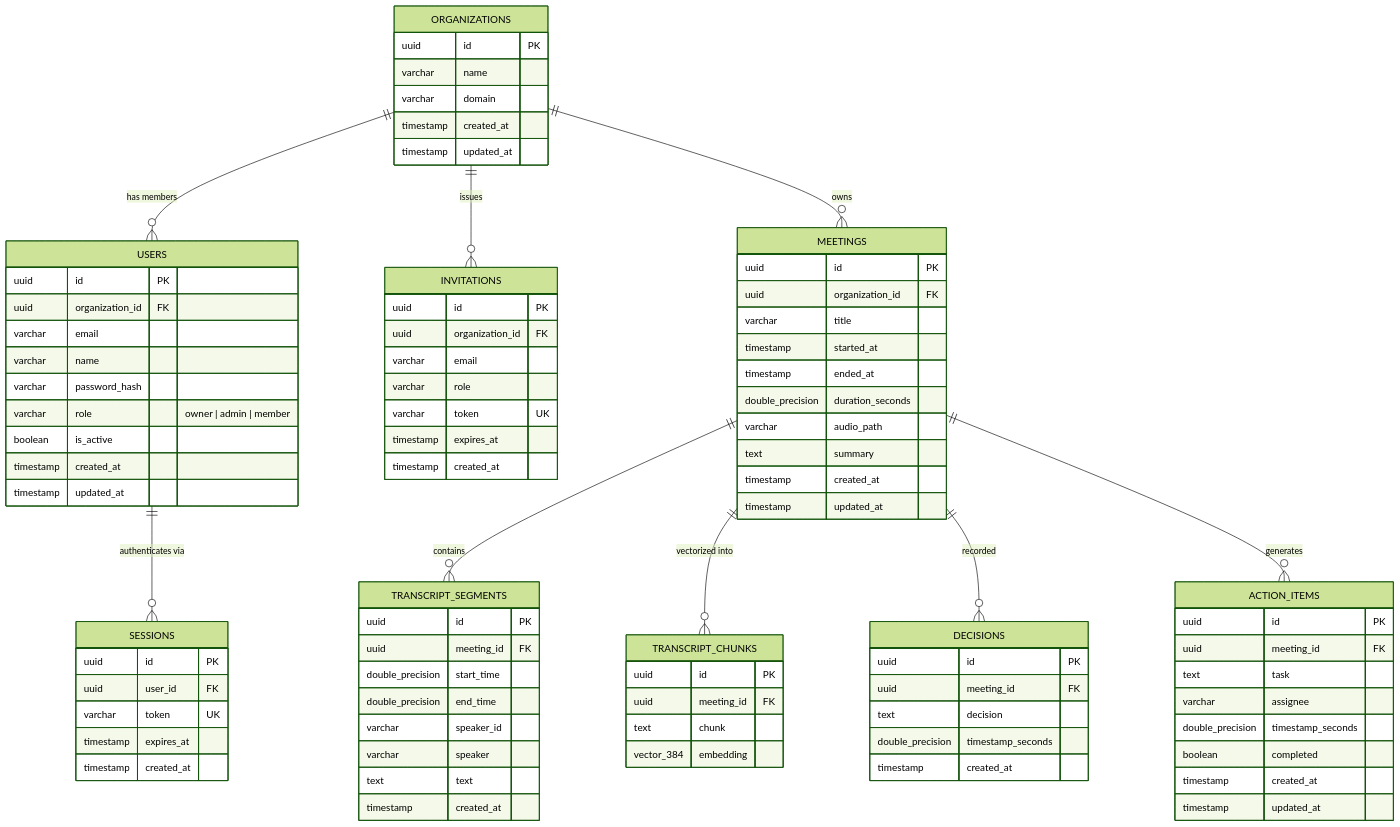
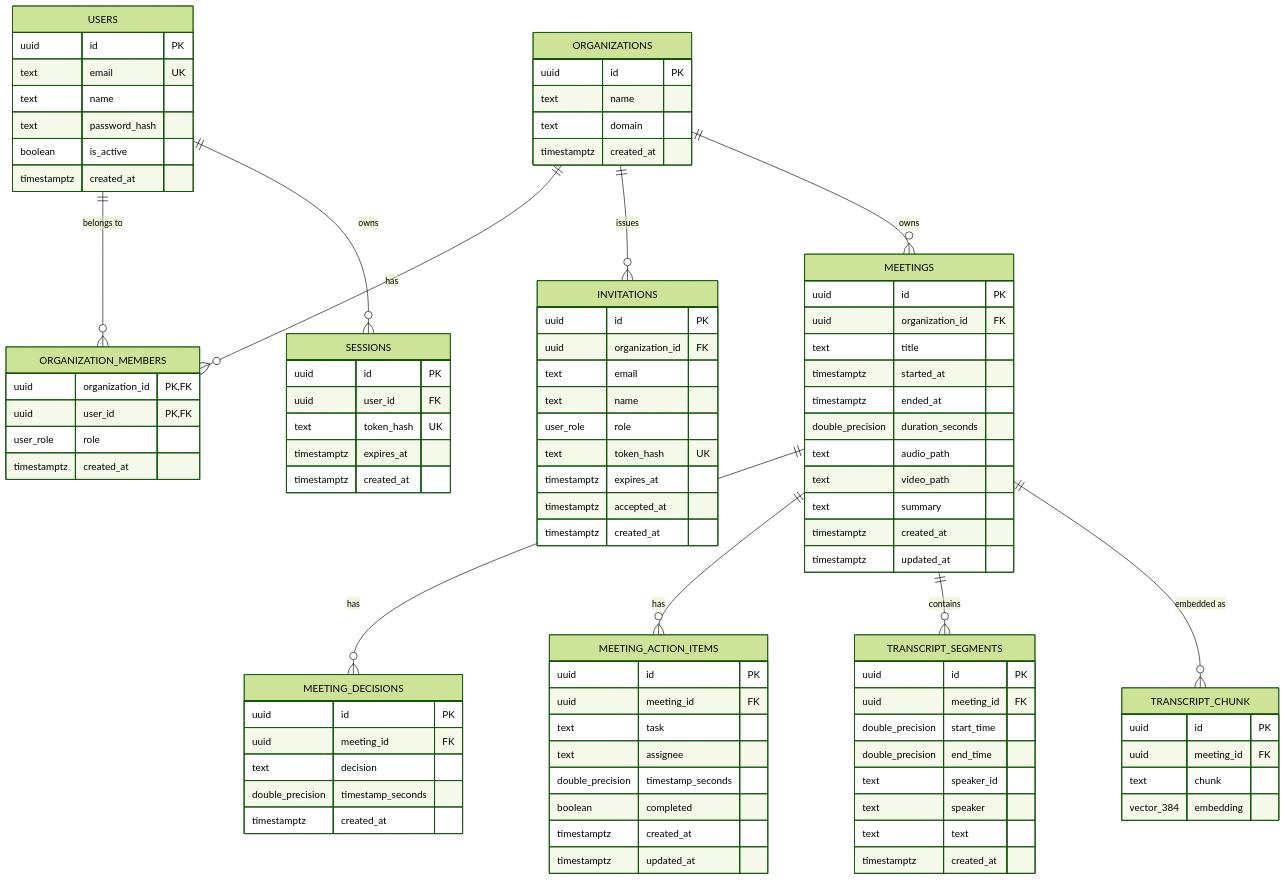
Before and after one commit to EsanSamuel/AI-meeting-note-taker: the second of 2 diagrams in architecture.md, drawn with Mermaid (forest theme). The commit also changed other lines of this file and 1 other file, not shown here.

Commit message:
updated readme.env and architecture.md

````diff
--- a/architecture.md
+++ b/architecture.md
@@ -230,65 +265,89 @@
 ```mermaid
 erDiagram
-    ORGANIZATIONS ||--o{ USERS : "has members"
+    ORGANIZATIONS ||--o{ ORGANIZATION_MEMBERS : "has"
+    USERS ||--o{ ORGANIZATION_MEMBERS : "belongs to"
+    USERS ||--o{ SESSIONS : "owns"
     ORGANIZATIONS ||--o{ INVITATIONS : "issues"
     ORGANIZATIONS ||--o{ MEETINGS : "owns"
-    
-    USERS ||--o{ SESSIONS : "authenticates via"
-    
+    MEETINGS ||--o{ MEETING_DECISIONS : "has"
+    MEETINGS ||--o{ MEETING_ACTION_ITEMS : "has"
     MEETINGS ||--o{ TRANSCRIPT_SEGMENTS : "contains"
-    MEETINGS ||--o{ TRANSCRIPT_CHUNKS : "vectorized into"
-    MEETINGS ||--o{ DECISIONS : "recorded"
-    MEETINGS ||--o{ ACTION_ITEMS : "generates"
+    MEETINGS ||--o{ TRANSCRIPT_CHUNK : "embedded as"
 
     ORGANIZATIONS {
         uuid id PK
-        varchar name
-        varchar domain
-        timestamp created_at
-        timestamp updated_at
+        text name
+        text domain
+        timestamptz created_at
     }
 
     USERS {
         uuid id PK
-        uuid organization_id FK
-        varchar email
-        varchar name
-        varchar password_hash
-        varchar role "owner | admin | member"
+        text email UK
+        text name
+        text password_hash
         boolean is_active
-        timestamp created_at
-        timestamp updated_at
+        timestamptz created_at
+    }
+
+    ORGANIZATION_MEMBERS {
+        uuid organization_id PK, FK
+        uuid user_id PK, FK
+        user_role role
+        timestamptz created_at
     }
 
     SESSIONS {
         uuid id PK
         uuid user_id FK
-        varchar token UK
-        timestamp expires_at
-        timestamp created_at
+        text token_hash UK
+        timestamptz expires_at
+        timestamptz created_at
     }
 
     INVITATIONS {
         uuid id PK
         uuid organization_id FK
-        varchar email
-        varchar role
-        varchar token UK
-        timestamp expires_at
-        timestamp created_at
+        text email
+        text name
+        user_role role
+        text token_hash UK
+        timestamptz expires_at
+        timestamptz accepted_at
+        timestamptz created_at
     }
 
     MEETINGS {
         uuid id PK
         uuid organization_id FK
-        varchar title
-        timestamp started_at
-        timestamp ended_at
+        text title
+        timestamptz started_at
+        timestamptz ended_at
         double_precision duration_seconds
-        varchar audio_path
+        text audio_path
+        text video_path
         text summary
-        timestamp created_at
-        timestamp updated_at
+        timestamptz created_at
+        timestamptz updated_at
+    }
+
+    MEETING_DECISIONS {
+        uuid id PK
+        uuid meeting_id FK
+        text decision
+        double_precision timestamp_seconds
+        timestamptz created_at
+    }
+
+    MEETING_ACTION_ITEMS {
+        uuid id PK
+        uuid meeting_id FK
+        text task
+        text assignee
+        double_precision timestamp_seconds
+        boolean completed
+        timestamptz created_at
+        timestamptz updated_at
     }
 
     TRANSCRIPT_SEGMENTS {
@@ -296,35 +355,16 @@
         uuid meeting_id FK
         double_precision start_time
         double_precision end_time
-        varchar speaker_id
-        varchar speaker
+        text speaker_id
+        text speaker
         text text
-        timestamp created_at
+        timestamptz created_at
     }
 
-    TRANSCRIPT_CHUNKS {
+    TRANSCRIPT_CHUNK {
         uuid id PK
         uuid meeting_id FK
         text chunk
         vector_384 embedding
     }
-
-    DECISIONS {
-        uuid id PK
-        uuid meeting_id FK
-        text decision
-        double_precision timestamp_seconds
-        timestamp created_at
-    }
-
-    ACTION_ITEMS {
-        uuid id PK
-        uuid meeting_id FK
-        text task
-        varchar assignee
-        double_precision timestamp_seconds
-        boolean completed
-        timestamp created_at
-        timestamp updated_at
-    }
 ```
````
